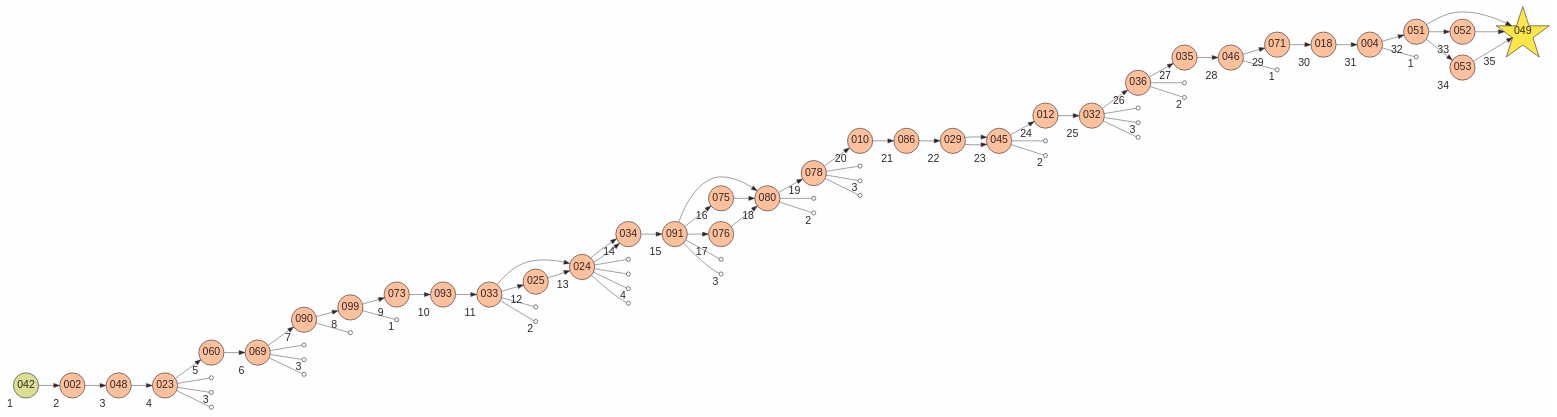
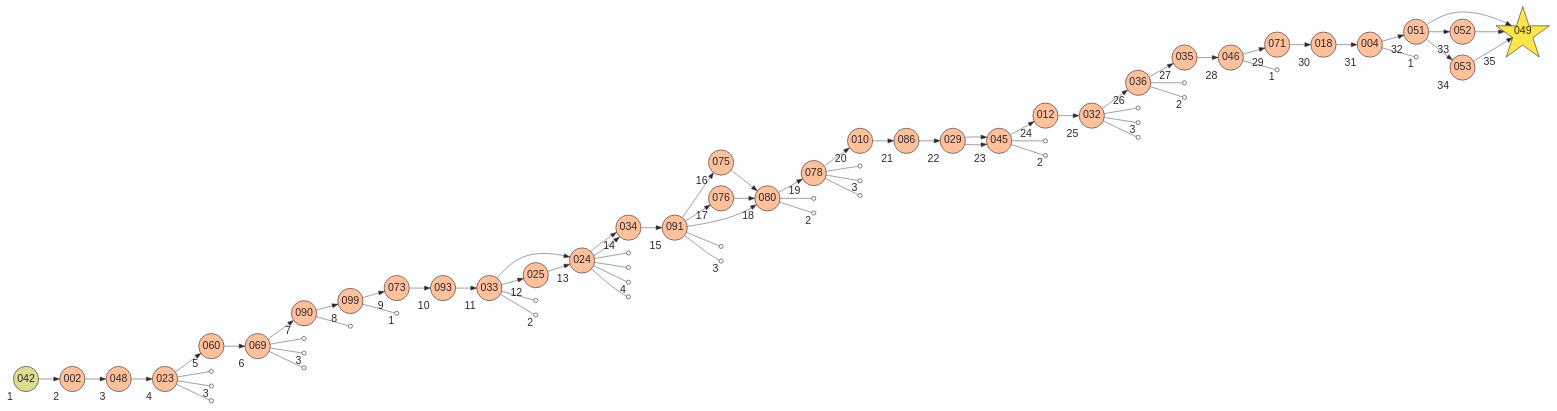
One commit to laowantong/sqlab_island changed the diagram in en/mysql/output/activity_map.gv. Above: the diagram before and after it, drawn with Graphviz. The commit also changed 8 other files, not shown here.

```diff
--- a/en/mysql/output/activity_map.gv
+++ b/en/mysql/output/activity_map.gv
@@ -1,171 +1,164 @@
 digraph G {
     layout=dot
     rankdir=LR
     bgcolor="#FDFEFF"
     edge [color="#34262B" penwidth=0.75]
     node [
         shape=star
         fixedsize=true
         width=0.3
         height=0.3
         fillcolor="#FEE548"
         color="#34262B"
         fontcolor="#34262B"
         fontsize=18
         penwidth=1
         style=filled
         label=""
     ]
     
     node [width=1.2 height=1.2 fontname=Helvetica label="\N"]
     049
     node [ width=0.6 height=0.6 shape=circle fillcolor="#FFC19C"]
+    024 [xlabel=13]
+    018 [xlabel=30]
+    060 [xlabel=5]
+    073 [xlabel=9]
+    090 [xlabel=7]
+    012 [xlabel=24]
+    004 [xlabel=31]
+    048 [xlabel=3]
+    045 [xlabel=23]
+    093 [xlabel=10]
+    099 [xlabel=8]
+    025 [xlabel=12]
+    029 [xlabel=22]
+    046 [xlabel=28]
+    075 [xlabel=16]
+    071 [xlabel=29]
+    023 [xlabel=4]
     002 [xlabel=2]
-    048 [xlabel=3]
-    023 [xlabel=4]
-    060 [xlabel=5]
+    034 [xlabel=14]
+    052 [xlabel=33]
+    076 [xlabel=17]
+    051 [xlabel=32]
+    078 [xlabel=19]
+    086 [xlabel=21]
+    053 [xlabel=34]
+    091 [xlabel=15]
+    033 [xlabel=11]
     069 [xlabel=6]
-    090 [xlabel=7]
-    099 [xlabel=8]
-    073 [xlabel=9]
-    093 [xlabel=10]
-    033 [xlabel=11]
-    024 [xlabel=13]
-    025 [xlabel=12]
-    024 [xlabel=13]
-    034 [xlabel=14]
-    034 [xlabel=14]
-    091 [xlabel=15]
+    010 [xlabel=20]
+    032 [xlabel=25]
     080 [xlabel=18]
-    075 [xlabel=16]
-    076 [xlabel=17]
-    080 [xlabel=18]
-    080 [xlabel=18]
-    078 [xlabel=19]
-    010 [xlabel=20]
-    086 [xlabel=21]
-    029 [xlabel=22]
-    045 [xlabel=23]
-    045 [xlabel=23]
-    012 [xlabel=24]
-    032 [xlabel=25]
+    049 [xlabel=35]
+    035 [xlabel=27]
     036 [xlabel=26]
-    035 [xlabel=27]
-    046 [xlabel=28]
-    071 [xlabel=29]
-    018 [xlabel=30]
-    004 [xlabel=31]
-    051 [xlabel=32]
-    052 [xlabel=33]
-    053 [xlabel=34]
-    049 [xlabel=35]
-    049 [xlabel=35]
-    049 [xlabel=35]
     node [fillcolor="#DBDE92"]
     
     042 [xlabel=1]
     
     042 -> 002
     002 -> 048
     048 -> 023
     023 -> 060
     060 -> 069
     069 -> 090
     090 -> 099
     099 -> 073
     073 -> 093
     093 -> 033
     033 -> 024
     033 -> 025
     025 -> 024
     024 -> 034
     024 -> 034
     034 -> 091
     091 -> 080
     091 -> 075
     091 -> 076
     075 -> 080
     076 -> 080
     080 -> 078
     078 -> 010
     010 -> 086
     086 -> 029
     029 -> 045
     029 -> 045
     045 -> 012
     012 -> 032
     032 -> 036
     036 -> 035
     035 -> 046
     046 -> 071
     071 -> 018
     018 -> 004
     004 -> 051
     051 -> 052
     051 -> 053
     051 -> 049
     052 -> 049
     053 -> 049
     node [width=0.1 height=0.1 label="" fillcolor=none]
     50457013926347
     47890482868936 [xlabel=3]
     37150133620128
     71218742664725
     75420150557596 [xlabel=3]
     72792619708639
     29293607320320
     14915938923952 [xlabel=1]
     138282073330312
     138996212731035 [xlabel=2]
     167117019028817
     161821468565730
     166013587439609 [xlabel=4]
     165888542179420
     24919761524173
     25101277790992 [xlabel=3]
     27912063284788
     18257904005745 [xlabel=2]
     34285849060722
     34285849059910 [xlabel=3]
     34285849061160
     238466580765852
     218198158603602 [xlabel=2]
     51796000688695
     37373906110135 [xlabel=3]
     48955627140666
     128655226577199
     136221754469805 [xlabel=2]
     193594500728372 [xlabel=1]
     66098661366712 [xlabel=1]
     edge [arrowhead=none]
     023 -> 50457013926347
     023 -> 47890482868936
     023 -> 37150133620128
     069 -> 71218742664725
     069 -> 75420150557596
     069 -> 72792619708639
     090 -> 29293607320320
     099 -> 14915938923952
     033 -> 138282073330312
     033 -> 138996212731035
     024 -> 167117019028817
     024 -> 161821468565730
     024 -> 166013587439609
     024 -> 165888542179420
     091 -> 24919761524173
     091 -> 25101277790992
     080 -> 27912063284788
     080 -> 18257904005745
     078 -> 34285849060722
     078 -> 34285849059910
     078 -> 34285849061160
     045 -> 238466580765852
     045 -> 218198158603602
     032 -> 51796000688695
     032 -> 37373906110135
     032 -> 48955627140666
     036 -> 128655226577199
     036 -> 136221754469805
     046 -> 193594500728372
     004 -> 66098661366712
 }
```
